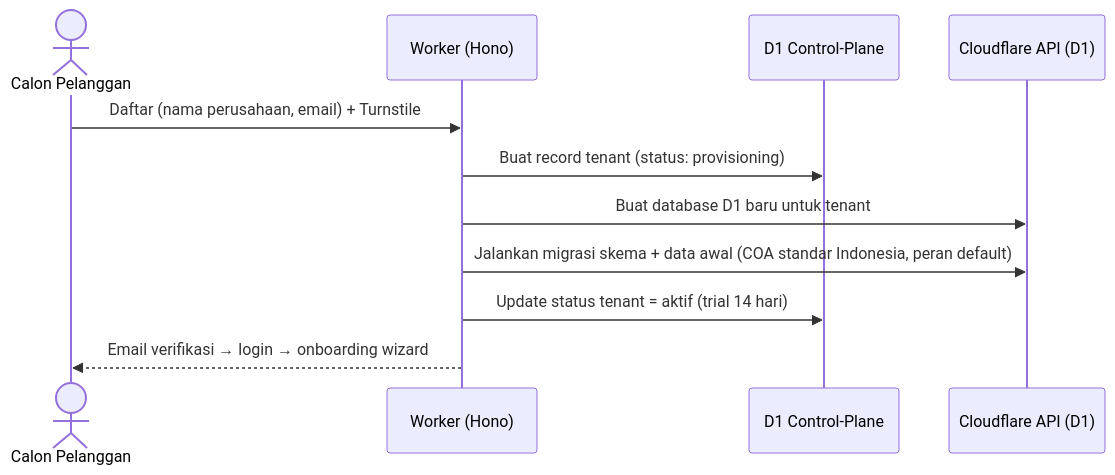
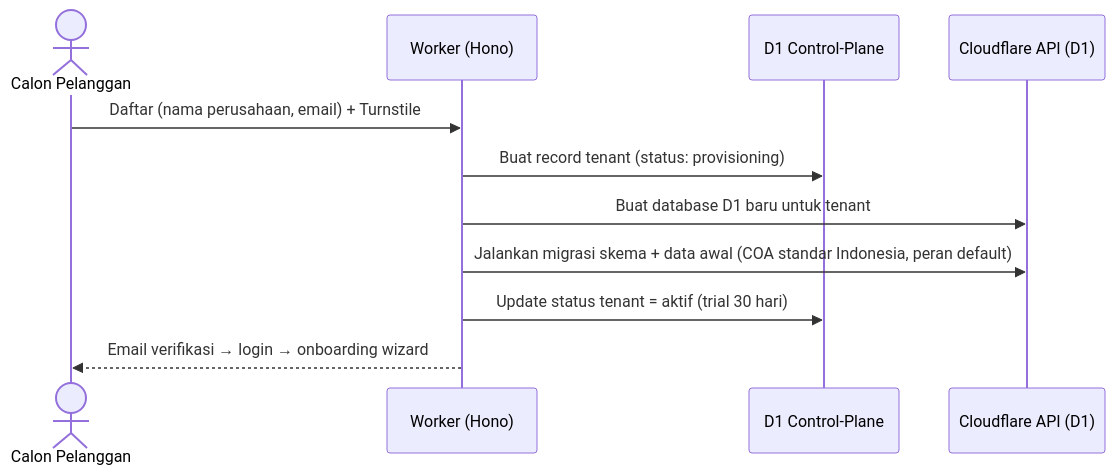
Before and after one commit to nurudhuhaalamin/erpindo: the second of 3 diagrams in docs/02-rencana-pengembangan.md, drawn with Mermaid. The commit also changed other lines of this file and 17 other files, not shown here.

First line of the commit message:
Fase 3a: Kepatuhan 2026 + trial 30 hari

````diff
--- a/docs/02-rencana-pengembangan.md
+++ b/docs/02-rencana-pengembangan.md
@@ -63,14 +63,14 @@
 ```mermaid
 sequenceDiagram
     actor U as Calon Pelanggan
     participant W as Worker (Hono)
     participant CP as D1 Control-Plane
     participant D1 as Cloudflare API (D1)
 
     U->>W: Daftar (nama perusahaan, email) + Turnstile
     W->>CP: Buat record tenant (status: provisioning)
     W->>D1: Buat database D1 baru untuk tenant
     W->>D1: Jalankan migrasi skema + data awal (COA standar Indonesia, peran default)
-    W->>CP: Update status tenant = aktif (trial 14 hari)
+    W->>CP: Update status tenant = aktif (trial 30 hari)
     W-->>U: Email verifikasi → login → onboarding wizard
 ```
````
